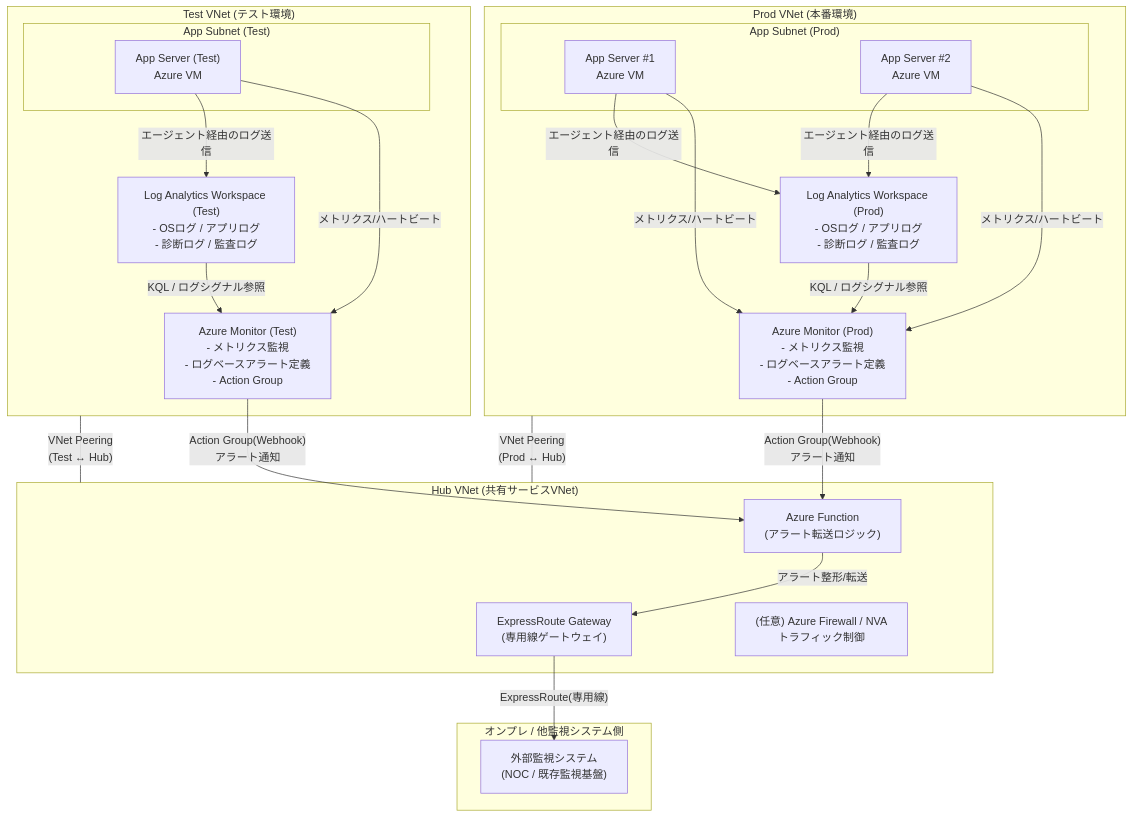
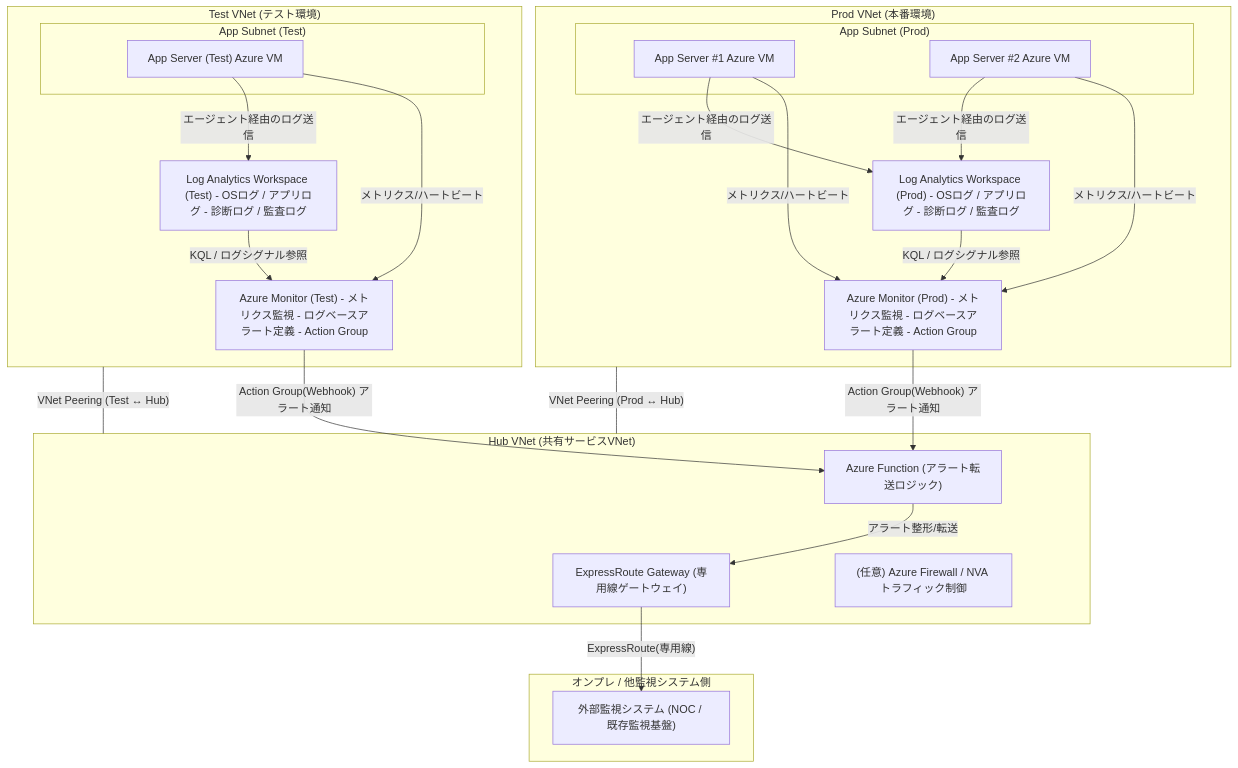
One commit to iruiganeden/til changed the diagram in Azure/Azure_memo.md. Above: the diagram before and after it, drawn with Mermaid.

Commit message:
Azure add

````diff
--- a/Azure/Azure_memo.md
+++ b/Azure/Azure_memo.md
@@ -3,57 +3,57 @@
 ```mermaid
 flowchart TB
     %% オンプレ側
     subgraph OnPrem["オンプレ / 他監視システム側"]
-        NMS["外部監視システム\n(NOC / 既存監視基盤)"]
+        NMS["外部監視システム (NOC / 既存監視基盤)"]
     end
 
     %% Hub (共通サービスVNet)
     subgraph Hub["Hub VNet (共有サービスVNet)"]
-        ER["ExpressRoute Gateway\n(専用線ゲートウェイ)"]
-        AFN["Azure Function\n(アラート転送ロジック)"]
-        AFW["(任意) Azure Firewall / NVA\nトラフィック制御"]
+        ER["ExpressRoute Gateway (専用線ゲートウェイ)"]
+        AFN["Azure Function (アラート転送ロジック)"]
+        AFW["(任意) Azure Firewall / NVA トラフィック制御"]
     end
 
     %% Prod環境
     subgraph Prod["Prod VNet (本番環境)"]
         subgraph Prod-App["App Subnet (Prod)"]
-            VM1["App Server #1\nAzure VM"]
-            VM2["App Server #2\nAzure VM"]
+            VM1["App Server #1 Azure VM"]
+            VM2["App Server #2 Azure VM"]
         end
-        LAP["Log Analytics Workspace (Prod)\n- OSログ / アプリログ\n- 診断ログ / 監査ログ"]
-        MONP["Azure Monitor (Prod)\n- メトリクス監視\n- ログベースアラート定義\n- Action Group"]
+        LAP["Log Analytics Workspace (Prod) - OSログ / アプリログ - 診断ログ / 監査ログ"]
+        MONP["Azure Monitor (Prod) - メトリクス監視 - ログベースアラート定義 - Action Group"]
     end
 
     %% Test環境
     subgraph Test["Test VNet (テスト環境)"]
         subgraph Test-App["App Subnet (Test)"]
-            VMt1["App Server (Test)\nAzure VM"]
+            VMt1["App Server (Test) Azure VM"]
         end
-        LAT["Log Analytics Workspace (Test)\n- OSログ / アプリログ\n- 診断ログ / 監査ログ"]
-        MONT["Azure Monitor (Test)\n- メトリクス監視\n- ログベースアラート定義\n- Action Group"]
+        LAT["Log Analytics Workspace (Test) - OSログ / アプリログ - 診断ログ / 監査ログ"]
+        MONT["Azure Monitor (Test) - メトリクス監視 - ログベースアラート定義 - Action Group"]
     end
 
     %% データ収集系フロー（Prod）
     VM1 -- メトリクス/ハートビート --> MONP
     VM2 -- メトリクス/ハートビート --> MONP
     VM1 -- エージェント経由のログ送信 --> LAP
     VM2 -- エージェント経由のログ送信 --> LAP
     LAP -- KQL / ログシグナル参照 --> MONP
 
     %% データ収集系フロー（Test）
     VMt1 -- メトリクス/ハートビート --> MONT
     VMt1 -- エージェント経由のログ送信 --> LAT
     LAT -- KQL / ログシグナル参照 --> MONT
 
     %% アラート発火 → 転送
-    MONP -- "Action Group(Webhook)\nアラート通知" --> AFN
-    MONT -- "Action Group(Webhook)\nアラート通知" --> AFN
+    MONP -- "Action Group(Webhook) アラート通知" --> AFN
+    MONT -- "Action Group(Webhook) アラート通知" --> AFN
 
     %% Functionからオンプレ
     AFN -- "アラート整形/転送" --> ER
     ER -- "ExpressRoute(専用線)" --> NMS
 
     %% VNet間接続
-    Prod ---|"VNet Peering\n(Prod ↔ Hub)"| Hub
-    Test ---|"VNet Peering\n(Test ↔ Hub)"| Hub
+    Prod ---|"VNet Peering (Prod ↔ Hub)"| Hub
+    Test ---|"VNet Peering (Test ↔ Hub)"| Hub
 ```
````
